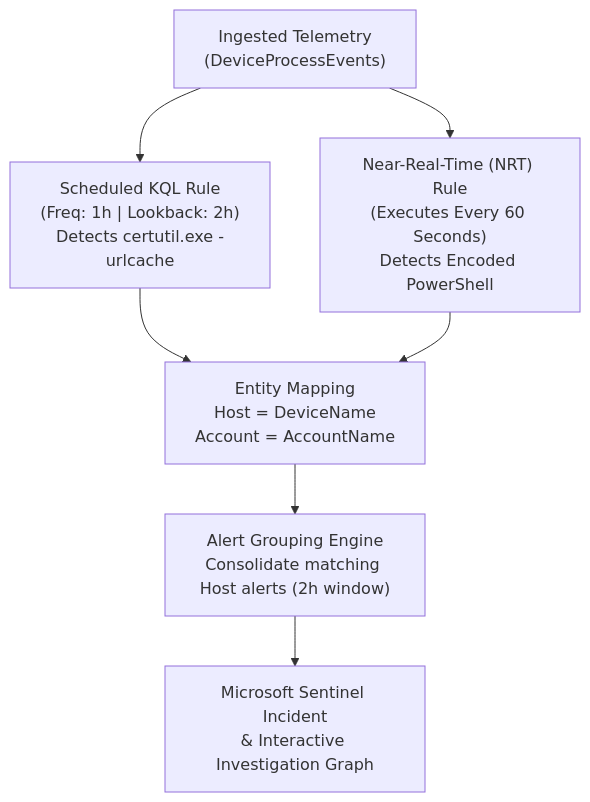
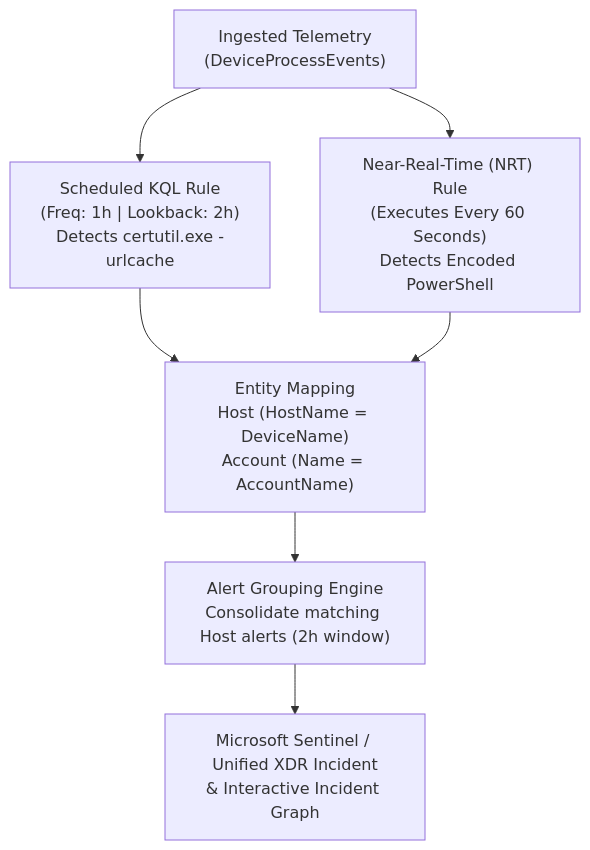
Before and after one commit to mufticyberpro/microsoft-soc-xdr-sentinel-labs: the diagram in case-studies/04_Detection_Engineering_KQL_Analytics.md, drawn with Mermaid. The commit also changed other lines of this file and 1 other file, not shown here.

Commit message:
Update Case Study 04 with all 6 Scheduled & NRT rule wizard, simulation, and Incident Graph screenshots

````diff
--- a/case-studies/04_Detection_Engineering_KQL_Analytics.md
+++ b/case-studies/04_Detection_Engineering_KQL_Analytics.md
@@ -29,9 +30,9 @@
 ```mermaid
 flowchart TD
     Logs["Ingested Telemetry<br/>(DeviceProcessEvents)"] --> Sched["Scheduled KQL Rule<br/>(Freq: 1h | Lookback: 2h)<br/>Detects certutil.exe -urlcache"]
     Logs --> NRT["Near-Real-Time (NRT) Rule<br/>(Executes Every 60 Seconds)<br/>Detects Encoded PowerShell"]
-    Sched --> Entities["Entity Mapping<br/>Host = DeviceName<br/>Account = AccountName"]
+    Sched --> Entities["Entity Mapping<br/>Host (HostName = DeviceName)<br/>Account (Name = AccountName)"]
     NRT --> Entities
     Entities --> Grouping["Alert Grouping Engine<br/>Consolidate matching Host alerts (2h window)"]
-    Grouping --> Graph["Microsoft Sentinel Incident<br/>& Interactive Investigation Graph"]
+    Grouping --> Graph["Microsoft Sentinel / Unified XDR Incident<br/>& Interactive Incident Graph"]
 ```
````
